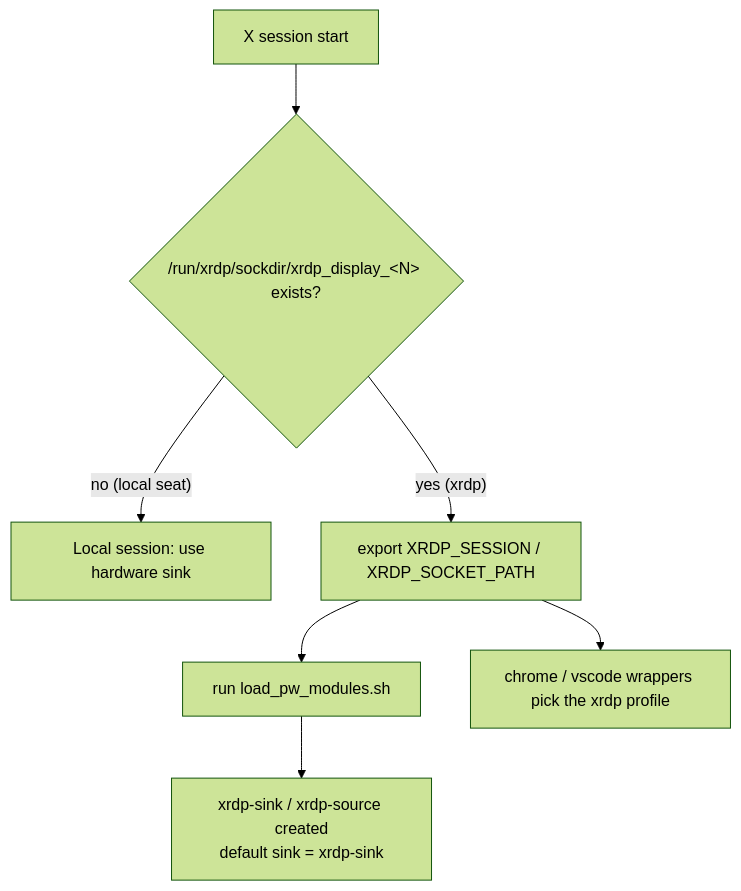
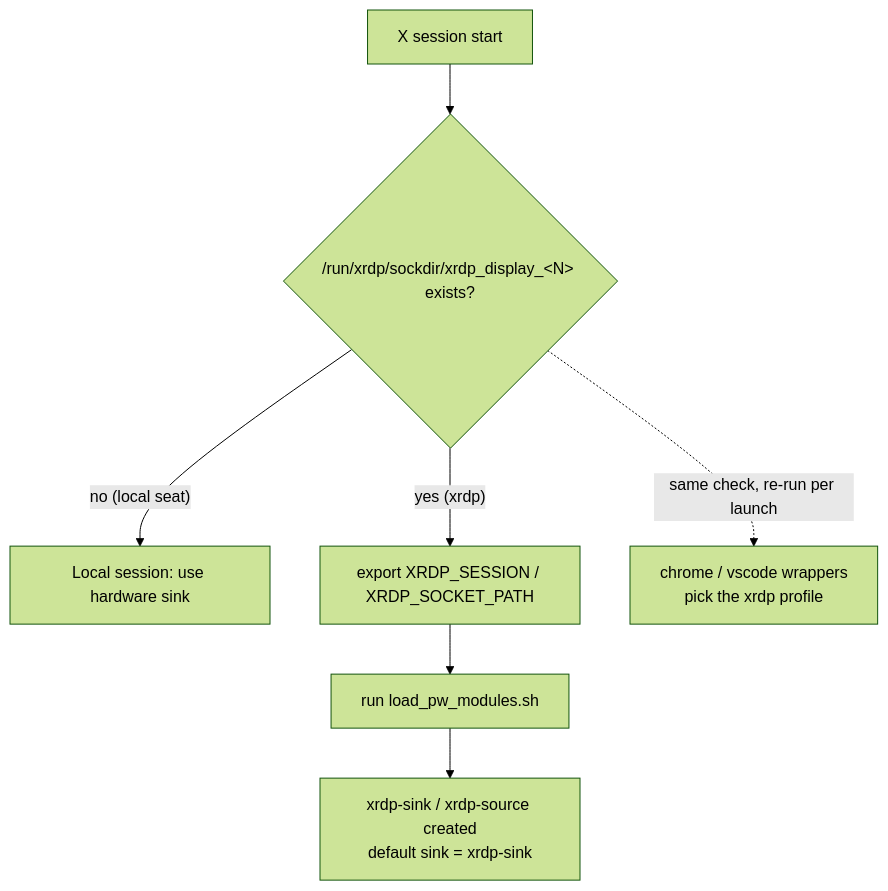
Before and after one commit to okenakt/dotfiles: the diagram in docs/remote-audio.md, drawn with Mermaid (forest theme). The commit also changed other lines of this file and 3 other files, not shown here.

Commit message:
Detect xrdp session from DISPLAY in vscode and chrome launchers

````diff
--- a/docs/remote-audio.md
+++ b/docs/remote-audio.md
@@ -59,9 +64,9 @@
 ```mermaid
 flowchart TD
     A[X session start] --> B{"/run/xrdp/sockdir/xrdp_display_&lt;N&gt; exists?"}
     B -- no (local seat) --> L[Local session: use hardware sink]
     B -- yes (xrdp) --> X[export XRDP_SESSION / XRDP_SOCKET_PATH]
     X --> Y[run load_pw_modules.sh]
     Y --> Z[xrdp-sink / xrdp-source created<br/>default sink = xrdp-sink]
-    X --> W[chrome / vscode wrappers pick the xrdp profile]
+    B -. same check, re-run per launch .-> W[chrome / vscode wrappers<br/>pick the xrdp profile]
 ```
````
